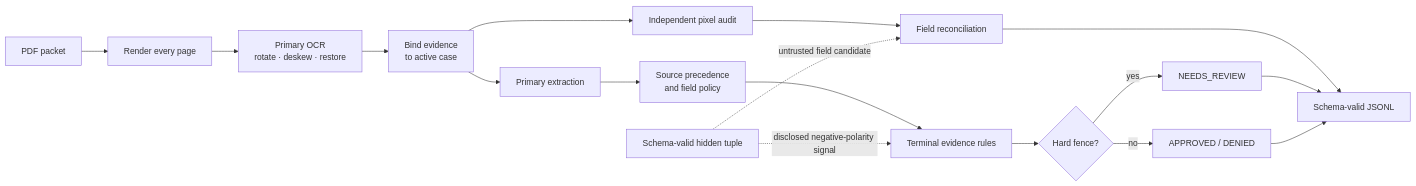
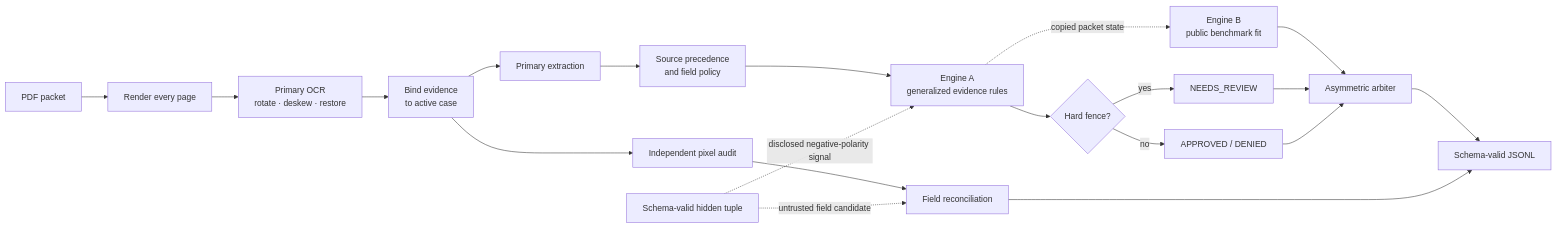
The first of 3 diagrams in README.md (midasavocado/mib-doc-challenge-solution), drawn with Mermaid before and after one commit. The commit also changed other lines of this file and 8 other files, not shown here.

Commit message:
Add feature-flagged public benchmark classifier bridge

````diff
--- a/README.md
+++ b/README.md
@@ -59,20 +86,23 @@
 ```mermaid
 flowchart LR
     PDF["PDF packet"] --> R["Render every page"]
     R --> O["Primary OCR<br/>rotate · deskew · restore"]
     O --> B["Bind evidence<br/>to active case"]
     B --> X["Primary extraction"]
     B --> P["Independent pixel audit"]
     X --> E["Source precedence<br/>and field policy"]
     P --> C["Field reconciliation"]
-    E --> T["Terminal evidence rules"]
+    E --> T["Engine A<br/>generalized evidence rules"]
     T --> G{"Hard fence?"}
     G -->|yes| N["NEEDS_REVIEW"]
     G -->|no| D["APPROVED / DENIED"]
-    C --> J["Schema-valid JSONL"]
-    N --> J
-    D --> J
+    T -. "copied packet state" .-> BF["Engine B<br/>public benchmark fit"]
+    BF --> ARB["Asymmetric arbiter"]
+    N --> ARB
+    D --> ARB
+    ARB --> J["Schema-valid JSONL"]
+    C --> J
 
     H["Schema-valid hidden tuple"] -. "untrusted field candidate" .-> C
     H -. "disclosed negative-polarity signal" .-> T
 ```
````
